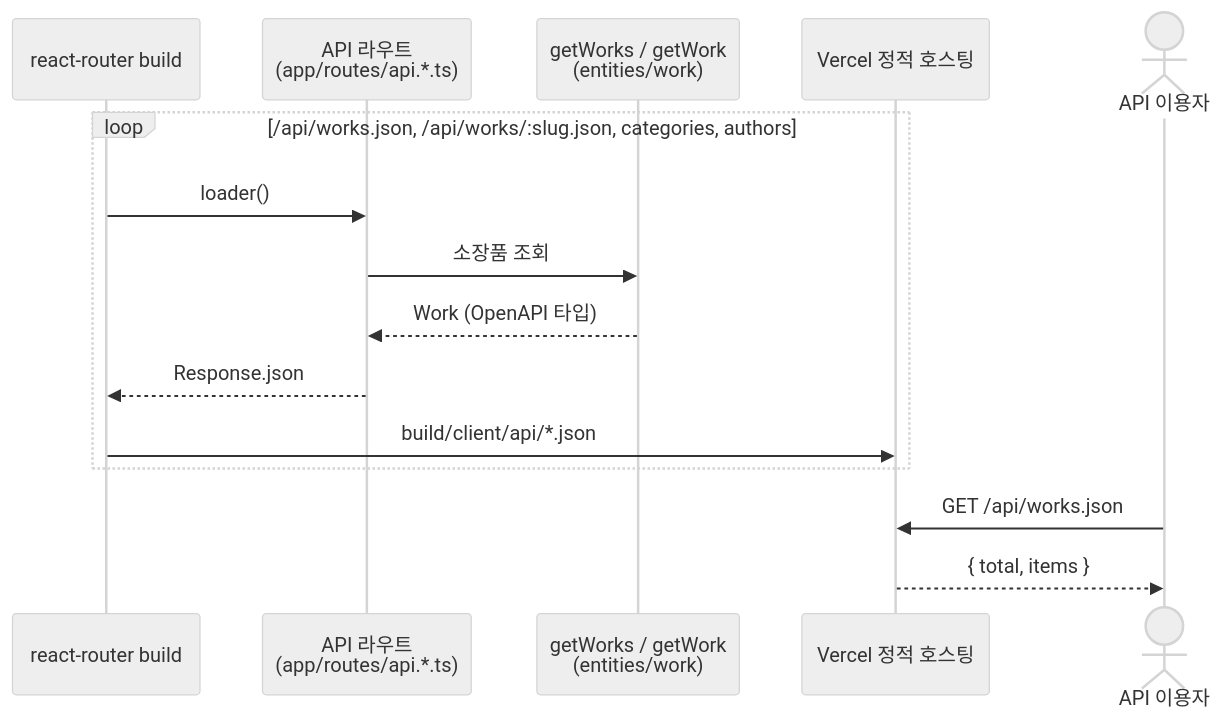
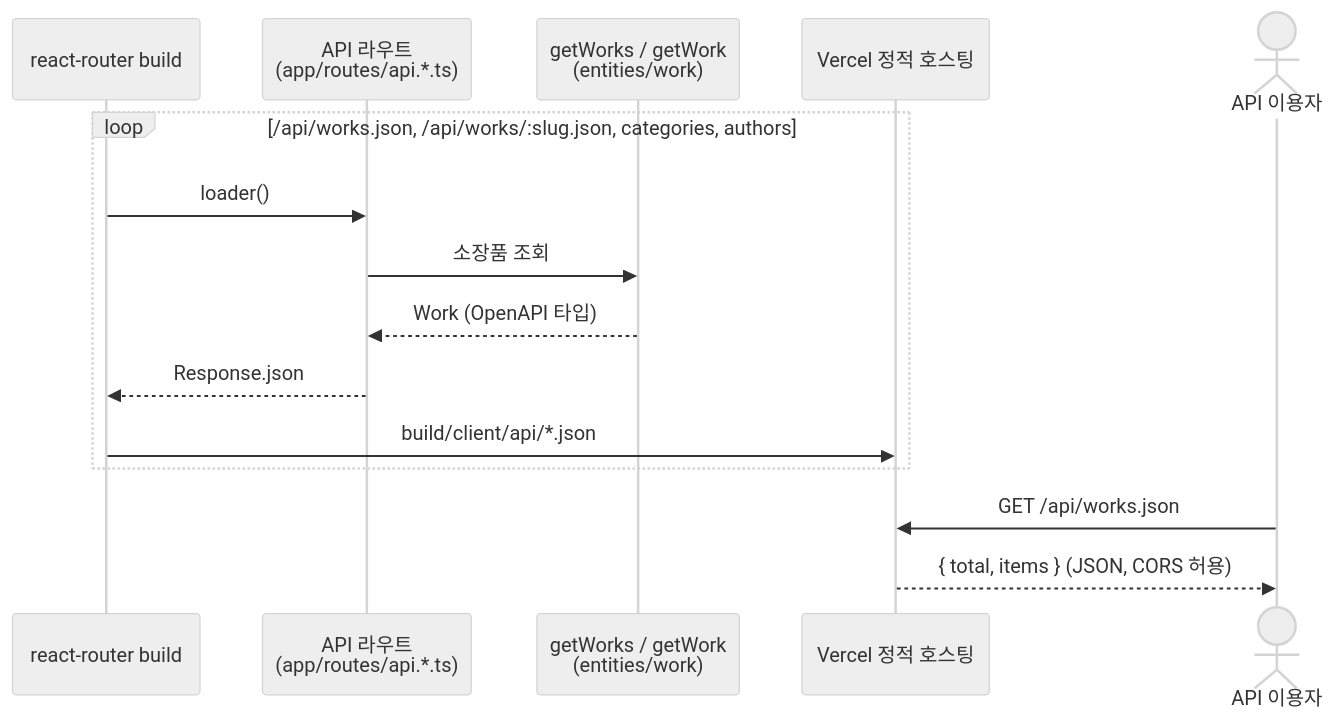
The third of 3 diagrams in docs/sequence-diagrams.md (ryushin01/Fanatic-Museum), drawn with Mermaid (neutral theme) before and after one commit. The commit also changed other lines of this file, not shown here.

First line of the commit message:
docs: 시퀀스 다이어그램을 지금 코드에 맞춤

````diff
--- a/docs/sequence-diagrams.md
+++ b/docs/sequence-diagrams.md
@@ -76,18 +79,18 @@
 ```mermaid
 sequenceDiagram
     participant 빌드 as react-router build
     participant 라우트 as API 라우트<br/>(app/routes/api.*.ts)
     participant 작품 as getWorks / getWork<br/>(entities/work)
     participant 호스팅 as Vercel 정적 호스팅
     actor 이용자 as API 이용자
 
     loop /api/works.json, /api/works/:slug.json, categories, authors
         빌드->>라우트: loader()
         라우트->>작품: 소장품 조회
         작품-->>라우트: Work (OpenAPI 타입)
         라우트-->>빌드: Response.json
         빌드->>호스팅: build/client/api/*.json
     end
     이용자->>호스팅: GET /api/works.json
-    호스팅-->>이용자: { total, items }
+    호스팅-->>이용자: { total, items } (JSON, CORS 허용)
 ```
````
